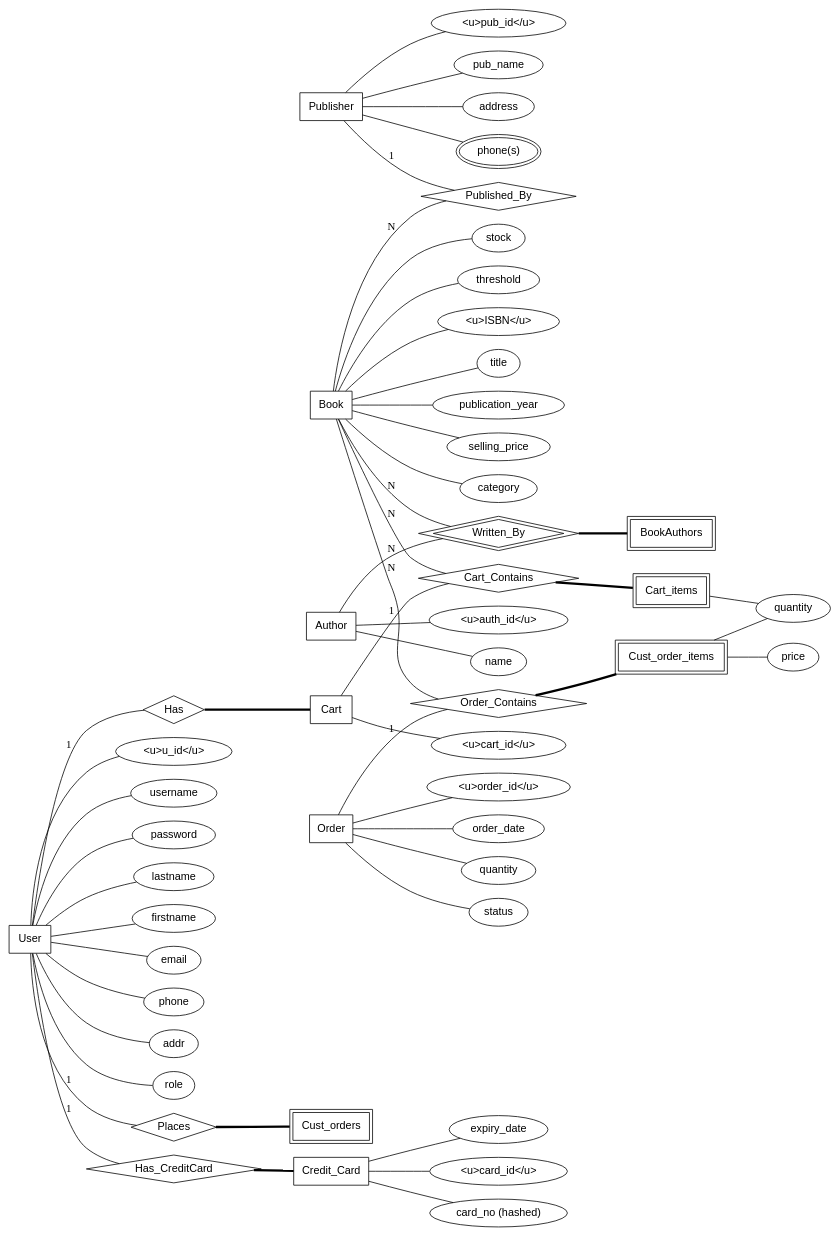
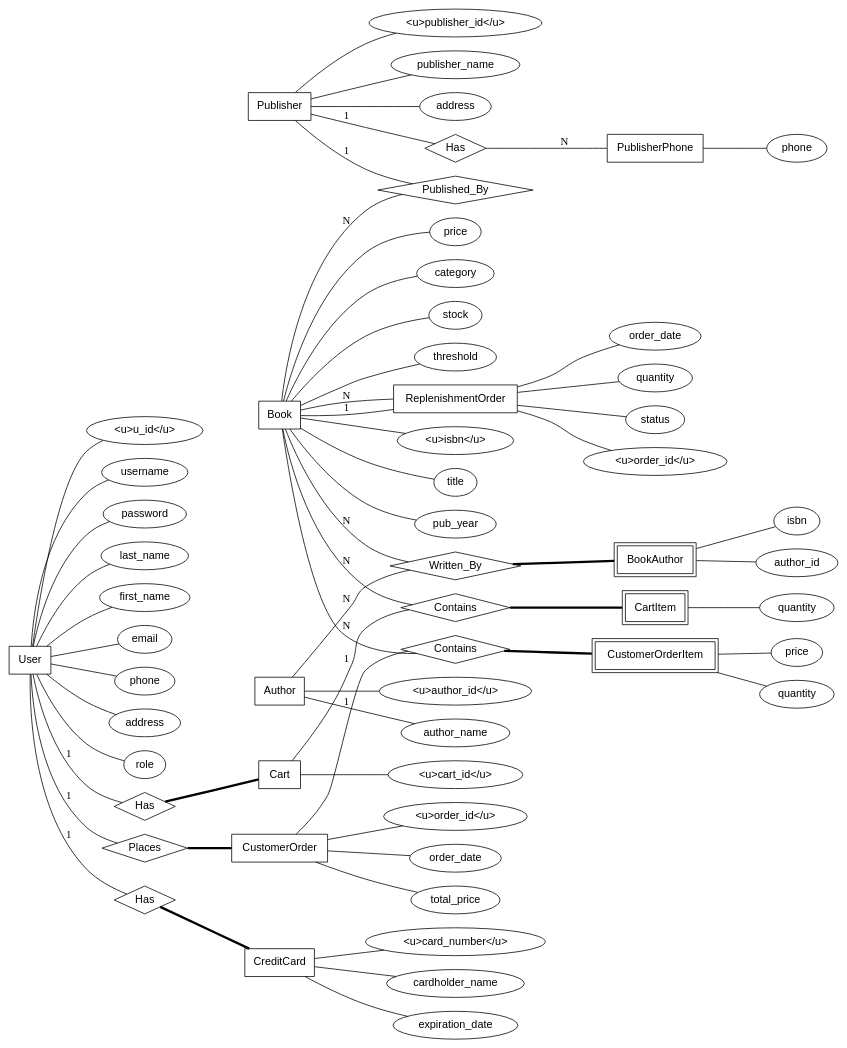
One commit to AhmWael/Order_Processing_System changed the diagram in docs/ERDdiagram.dot. Above: the diagram before and after it, drawn with Graphviz. The commit also changed 1 other file, not shown here.

Commit message:
feat(backend,db): added migrations, updated schema, updated ERD

```diff
--- a/docs/ERDdiagram.dot
+++ b/docs/ERDdiagram.dot
@@ -1,167 +1,175 @@
-digraph BookstoreChen {
+digraph BookstoreMySQL {
     graph [splines=true, rankdir=LR, fontsize=12];
-
     node [fontname="Helvetica"];
 
     // ---------- ENTITIES ----------
     node [shape=rectangle];
     Publisher [label="Publisher"];
     Author [label="Author"];
     Book [label="Book"];
     User [label="User"];
-    Order [label="Order"];
+    ReplenishmentOrder [label="ReplenishmentOrder"];
+    CustomerOrder [label="CustomerOrder"];
     Cart [label="Cart"];
-    Credit_Card [label="Credit_Card"];
+    CreditCard [label="CreditCard"];
+    PublisherPhone [label="PublisherPhone"]; // New entity for phone numbers
 
     // Weak entities (double rectangle)
     node [shape=rectangle, peripheries=2];
-    BookAuthors [label="BookAuthors"];
-    Cart_items [label="Cart_items"];
-    Cust_order_items [label="Cust_order_items"];
-    Cust_orders [label="Cust_orders"];
+    BookAuthor [label="BookAuthor"];
+    CartItem [label="CartItem"];
+    CustomerOrderItem [label="CustomerOrderItem"];
 
     // ---------- ATTRIBUTES ----------
     node [shape=ellipse, peripheries=1];
 
     // Publisher attributes
-    pub_id [label="<u>pub_id</u>"];
-    pub_name [label="pub_name"];
+    pub_id [label="<u>publisher_id</u>"];
+    pub_name [label="publisher_name"];
     pub_address [label="address"];
-    pub_phone [label="phone(s)" peripheries=2]; // multivalued
+
+    // PublisherPhone attribute
+    phone [label="phone"];
 
     // Author attributes
-    auth_id [label="<u>auth_id</u>"];
-    auth_name [label="name"];
+    auth_id [label="<u>author_id</u>"];
+    auth_name [label="author_name"];
 
     // Book attributes
-    isbn [label="<u>ISBN</u>"];
+    isbn [label="<u>isbn</u>"];
     title [label="title"];
-    pub_year [label="publication_year"];
-    selling_price [label="selling_price"];
+    pub_year [label="pub_year"];
+    price [label="price"];
     category [label="category"];
     stock [label="stock"];
     threshold [label="threshold"];
 
     // User attributes
     u_id [label="<u>u_id</u>"];
     username [label="username"];
     password [label="password"];
-    lastname [label="lastname"];
-    firstname [label="firstname"];
+    last_name [label="last_name"];
+    first_name [label="first_name"];
     email [label="email"];
     user_phone [label="phone"];
-    addr [label="addr"];
+    address [label="address"];
     role [label="role"];
 
-    // Order attributes
-    order_id [label="<u>order_id</u>"];
-    order_date [label="order_date"];
-    order_quantity [label="quantity"];
-    status [label="status"];
+    // Replenishment Order attributes
+    ro_id [label="<u>order_id</u>"];
+    ro_date [label="order_date"];
+    ro_quantity [label="quantity"];
+    ro_status [label="status"];
+
+    // Customer Order attributes
+    co_id [label="<u>order_id</u>"];
+    co_date [label="order_date"];
+    co_total [label="total_price"];
 
     // Cart attributes
     cart_id [label="<u>cart_id</u>"];
 
-    // Credit Card
-    card_id [label="<u>card_id</u>"];
-    card_no [label="card_no (hashed)"];
-    expiry_date [label="expiry_date"];
+    // Credit Card attributes
+    card_number [label="<u>card_number</u>"];
+    cardholder_name [label="cardholder_name"];
+    expiration_date [label="expiration_date"];
 
-    // Cart_items / Cust_order_items
-    item_quantity [label="quantity"];
-    item_price [label="price"];
+    // Weak entities attributes
+    ba_isbn [label="isbn"];
+    ba_author_id [label="author_id"];
+    ci_quantity [label="quantity"];
+    coi_quantity [label="quantity"];
+    coi_price [label="price"];
 
     // ---------- RELATIONSHIPS ----------
     node [shape=diamond];
     Published_By [label="Published_By"];
-    Written_By [label="Written_By", peripheries=2]; // identifying relationship
-    Order_Contains [label="Order_Contains"];
-    Cart_Contains [label="Cart_Contains"];
+    Written_By [label="Written_By"];
+    Contains_Cart [label="Contains"];
+    Contains_Order [label="Contains"];
     Places_Order [label="Places"];
     Has_Cart [label="Has"];
-    User_Card [label="Has_CreditCard"];
+    Has_CreditCard [label="Has"];
+    Publisher_HasPhone [label="Has"];
 
     // ---------- ENTITY-ATTRIBUTE CONNECTIONS ----------
-    // Publisher attributes
     Publisher -> pub_id [arrowhead=none];
     Publisher -> pub_name [arrowhead=none];
     Publisher -> pub_address [arrowhead=none];
-    Publisher -> pub_phone [arrowhead=none];
 
-    // Author attributes
+    PublisherPhone -> phone [arrowhead=none];
+
     Author -> auth_id [arrowhead=none];
     Author -> auth_name [arrowhead=none];
 
-    // Book attributes
     Book -> isbn [arrowhead=none];
     Book -> title [arrowhead=none];
     Book -> pub_year [arrowhead=none];
-    Book -> selling_price [arrowhead=none];
+    Book -> price [arrowhead=none];
     Book -> category [arrowhead=none];
     Book -> stock [arrowhead=none];
     Book -> threshold [arrowhead=none];
 
-    // User attributes
     User -> u_id [arrowhead=none];
     User -> username [arrowhead=none];
     User -> password [arrowhead=none];
-    User -> lastname [arrowhead=none];
-    User -> firstname [arrowhead=none];
+    User -> last_name [arrowhead=none];
+    User -> first_name [arrowhead=none];
     User -> email [arrowhead=none];
     User -> user_phone [arrowhead=none];
-    User -> addr [arrowhead=none];
+    User -> address [arrowhead=none];
     User -> role [arrowhead=none];
 
-    // Order attributes
-    Order -> order_id [arrowhead=none];
-    Order -> order_date [arrowhead=none];
-    Order -> order_quantity [arrowhead=none];
-    Order -> status [arrowhead=none];
+    ReplenishmentOrder -> ro_id [arrowhead=none];
+    ReplenishmentOrder -> ro_date [arrowhead=none];
+    ReplenishmentOrder -> ro_quantity [arrowhead=none];
+    ReplenishmentOrder -> ro_status [arrowhead=none];
 
-    // Cart attributes
+    CustomerOrder -> co_id [arrowhead=none];
+    CustomerOrder -> co_date [arrowhead=none];
+    CustomerOrder -> co_total [arrowhead=none];
+
     Cart -> cart_id [arrowhead=none];
 
-    // Credit Card attributes
-    Credit_Card -> card_id [arrowhead=none];
-    Credit_Card -> card_no [arrowhead=none];
-    Credit_Card -> expiry_date [arrowhead=none];
+    CreditCard -> card_number [arrowhead=none];
+    CreditCard -> cardholder_name [arrowhead=none];
+    CreditCard -> expiration_date [arrowhead=none];
 
-    // Cart_items attributes
-    Cart_items -> item_quantity [arrowhead=none];
+    BookAuthor -> ba_isbn [arrowhead=none];
+    BookAuthor -> ba_author_id [arrowhead=none];
 
-    // Cust_order_items attributes
-    Cust_order_items -> item_quantity [arrowhead=none];
-    Cust_order_items -> item_price [arrowhead=none];
+    CartItem -> ci_quantity [arrowhead=none];
+    CustomerOrderItem -> coi_quantity [arrowhead=none];
+    CustomerOrderItem -> coi_price [arrowhead=none];
 
     // ---------- ENTITY-RELATIONSHIP CONNECTIONS ----------
-    // Publisher publishes Book
     Publisher -> Published_By [arrowhead=none, label="1"];
     Book -> Published_By [arrowhead=none, label="N"];
 
-    // Book - Author (many-to-many, weak entity)
     Book -> Written_By [arrowhead=none, label="N"];
     Author -> Written_By [arrowhead=none, label="N"];
-    Written_By -> BookAuthors [arrowhead=none, penwidth=3]; // total participation
+    Written_By -> BookAuthor [arrowhead=none, penwidth=3];
 
-    // Orders
-    Order -> Order_Contains [arrowhead=none, label="1"];
-    Book -> Order_Contains [arrowhead=none, label="N"];
-    Order_Contains -> Cust_order_items [arrowhead=none, penwidth=3];
+    Cart -> Contains_Cart [arrowhead=none, label="1"];
+    Book -> Contains_Cart [arrowhead=none, label="N"];
+    Contains_Cart -> CartItem [arrowhead=none, penwidth=3];
 
-    // User places Orders
+    CustomerOrder -> Contains_Order [arrowhead=none, label="1"];
+    Book -> Contains_Order [arrowhead=none, label="N"];
+    Contains_Order -> CustomerOrderItem [arrowhead=none, penwidth=3];
+
     User -> Places_Order [arrowhead=none, label="1"];
-    Places_Order -> Cust_orders [arrowhead=none, penwidth=3];
+    Places_Order -> CustomerOrder [arrowhead=none, penwidth=3];
 
-    // Cart - Book
-    Cart -> Cart_Contains [arrowhead=none, label="1"];
-    Book -> Cart_Contains [arrowhead=none, label="N"];
-    Cart_Contains -> Cart_items [arrowhead=none, penwidth=3];
-
-    // User has Cart
     User -> Has_Cart [arrowhead=none, label="1"];
     Has_Cart -> Cart [arrowhead=none, penwidth=3];
 
-    // User has Credit Card
-    User -> User_Card [arrowhead=none, label="1"];
-    User_Card -> Credit_Card [arrowhead=none, penwidth=3];
+    User -> Has_CreditCard [arrowhead=none, label="1"];
+    Has_CreditCard -> CreditCard [arrowhead=none, penwidth=3];
+
+    Book -> ReplenishmentOrder [arrowhead=none, label="1"];
+    ReplenishmentOrder -> Book [arrowhead=none, label="N"];
+
+    Publisher -> Publisher_HasPhone [arrowhead=none, label="1"];
+    Publisher_HasPhone -> PublisherPhone [arrowhead=none, label="N"];
 }
```
